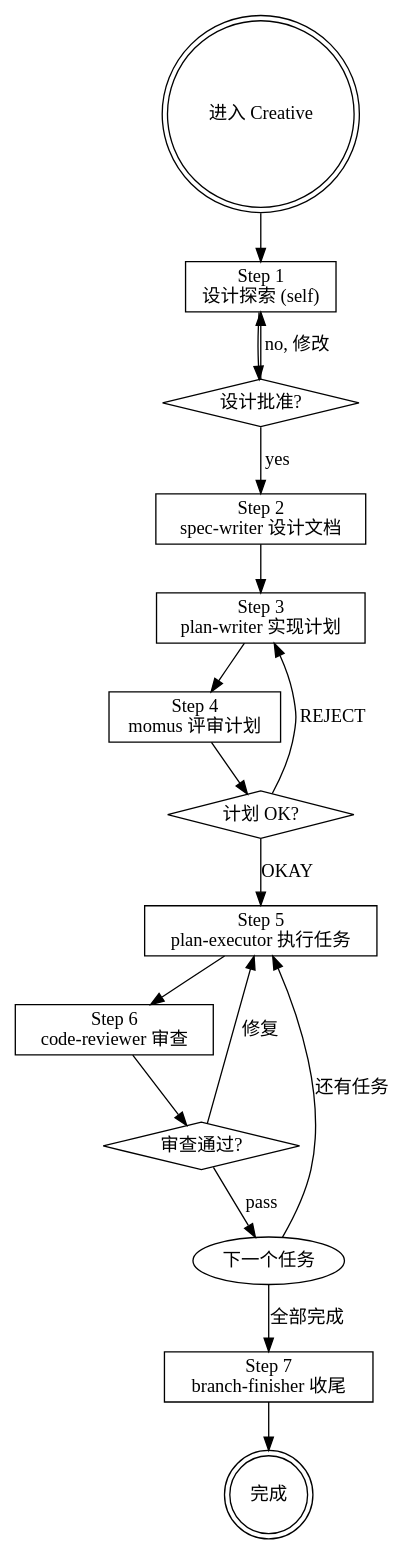
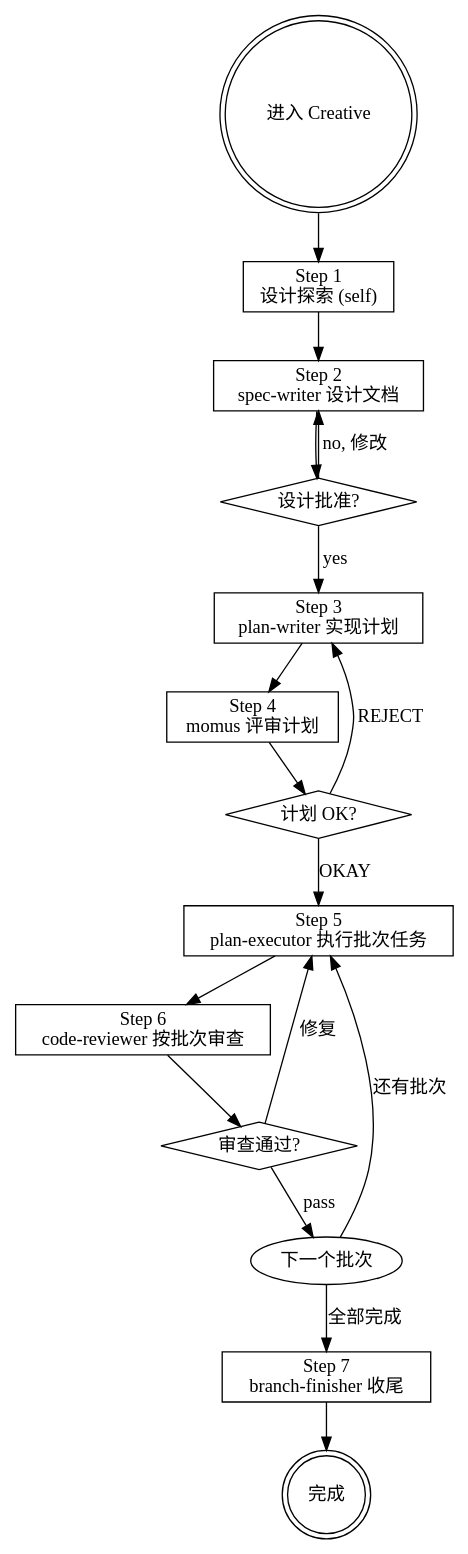
The diagram in agents/Creative.md (hsiang-lee/my_opencode), drawn with Graphviz before and after one commit. The commit also changed other lines of this file and 16 other files, not shown here.

````diff
--- a/agents/Creative.md
+++ b/agents/Creative.md
@@ -110,36 +110,36 @@
 ```dot
 digraph creative_flow {
     rankdir=TB;
     start [label="进入 Creative", shape=doublecircle];
     step1 [label="Step 1\n设计探索 (self)", shape=box];
     step2 [label="Step 2\nspec-writer 设计文档", shape=box];
     step3 [label="Step 3\nplan-writer 实现计划", shape=box];
     step4 [label="Step 4\nmomus 评审计划", shape=box];
-    step5 [label="Step 5\nplan-executor 执行任务", shape=box];
-    step6 [label="Step 6\ncode-reviewer 审查", shape=box];
+    step5 [label="Step 5\nplan-executor 执行批次任务", shape=box];
+    step6 [label="Step 6\ncode-reviewer 按批次审查", shape=box];
     step7 [label="Step 7\nbranch-finisher 收尾", shape=box];
 
-    gate1 [label="设计批准?", shape=diamond];
+    gate2 [label="设计批准?", shape=diamond];
     gate4 [label="计划 OK?", shape=diamond];
     gate6 [label="审查通过?", shape=diamond];
-    loop [label="下一个任务", shape=ellipse];
+    loop [label="下一个批次", shape=ellipse];
     done [label="完成", shape=doublecircle];
 
     start -> step1;
-    step1 -> gate1;
-    gate1 -> step2 [label="yes"];
-    gate1 -> step1 [label="no, 修改"];
-    step2 -> step3;
+    step1 -> step2;
+    step2 -> gate2;
+    gate2 -> step3 [label="yes"];
+    gate2 -> step2 [label="no, 修改"];
     step3 -> step4;
     step4 -> gate4;
     gate4 -> step5 [label="OKAY"];
     gate4 -> step3 [label="REJECT"];
     step5 -> step6;
     step6 -> gate6;
     gate6 -> loop [label="pass"];
     gate6 -> step5 [label="修复"];
-    loop -> step5 [label="还有任务"];
+    loop -> step5 [label="还有批次"];
     loop -> step7 [label="全部完成"];
     step7 -> done;
 }
 ```
````
